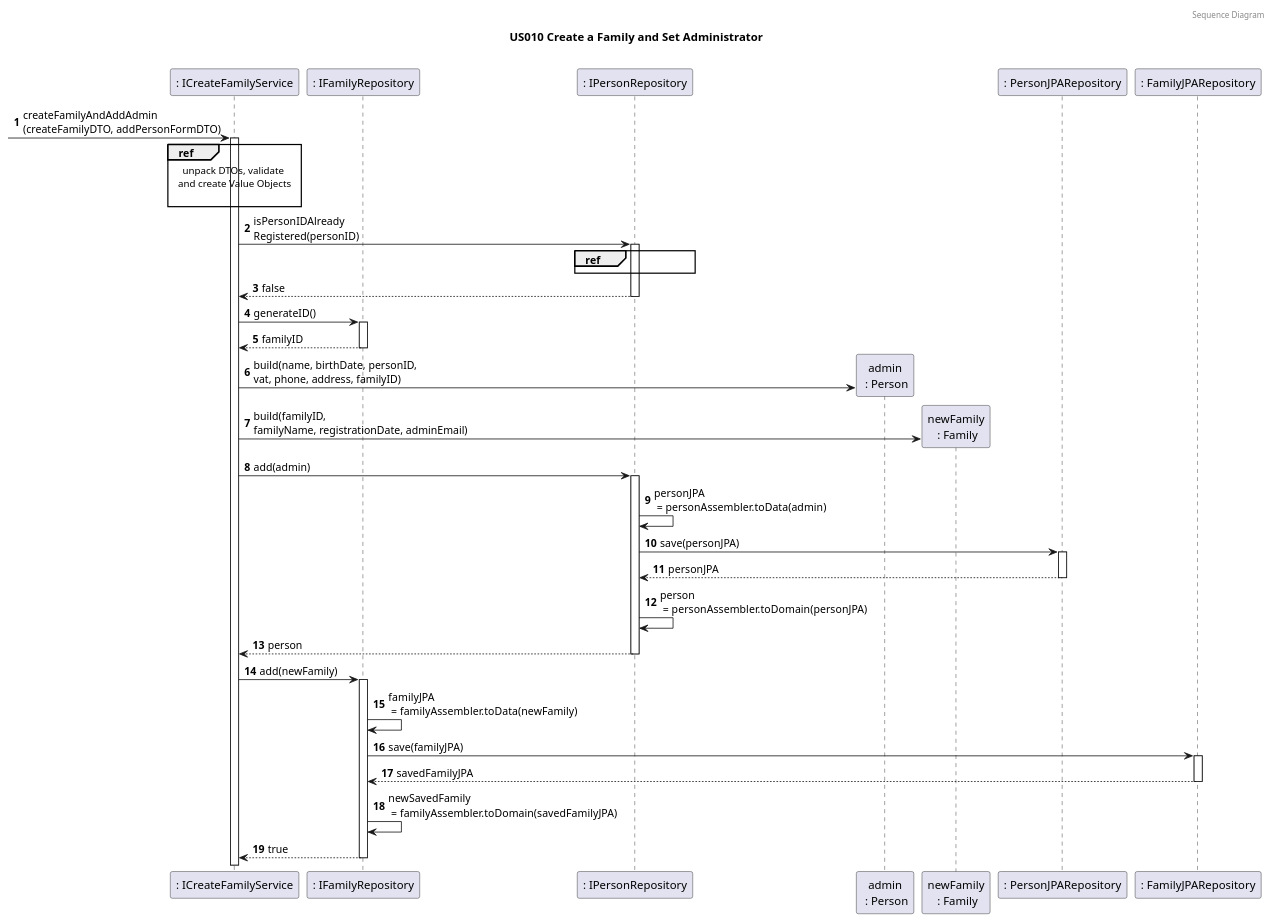
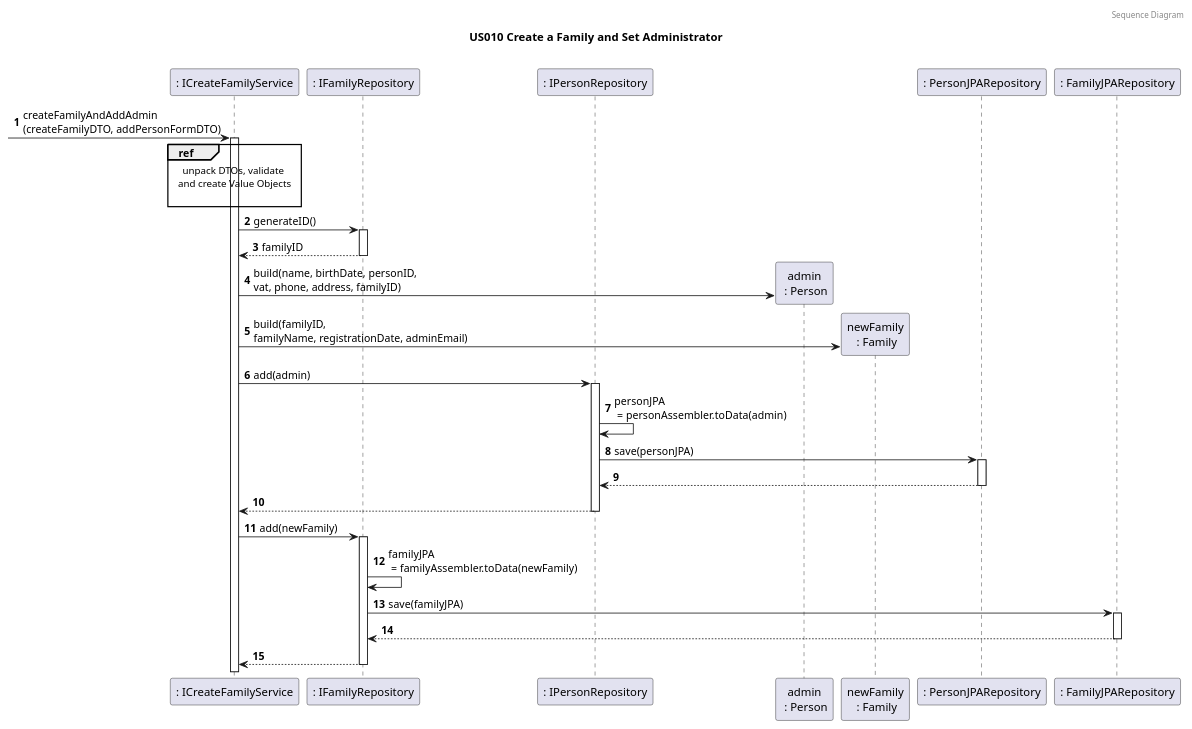
The third of 5 diagrams in docs/sprint4/user_stories/US010_CreateAFamilyAndSetAdministrator.md (tomas-osswald/switch_2020_g3), drawn with PlantUML before and after one commit. The commit also changed 2 other files, not shown here.

Commit message:
Update to log an us010 sd

`````diff
--- a/docs/sprint4/user_stories/US010_CreateAFamilyAndSetAdministrator.md
+++ b/docs/sprint4/user_stories/US010_CreateAFamilyAndSetAdministrator.md
@@ -120,65 +120,54 @@
 ````puml
 @startuml
 
 autonumber
 header Sequence Diagram
 title US010 Create a Family and Set Administrator
 
 
 participant ": ICreateFamilyService" as FamAdminService
 participant ": IFamilyRepository" as familyRepository
 participant ": IPersonRepository" as personRepository
 participant "admin\n : Person" as admin
 participant "newFamily\n : Family" as newFamily
 participant ": PersonJPARepository" as personJAPRepository
 participant ": FamilyJPARepository" as familyJPARepository
 
 note left: especificar nome da instância no participant?
 
  -> FamAdminService : createFamilyAndAddAdmin\n(createFamilyDTO, addPersonFormDTO)
 activate FamAdminService
 
 ref over FamAdminService
 unpack DTOs, validate 
 and create Value Objects
 
 end ref
 
-FamAdminService -> personRepository: isPersonIDAlready\nRegistered(personID)
-ref over personRepository
-
-end ref
-activate personRepository
-return false
 FamAdminService -> familyRepository : generateID()
 activate familyRepository
 return familyID
 FamAdminService -> admin** : build(name, birthDate, personID, \nvat, phone, address, familyID)
 
 FamAdminService -> newFamily**: build(familyID, \nfamilyName, registrationDate, adminEmail)
 
 FamAdminService -> personRepository: add(admin)
 activate personRepository
 personRepository -> personRepository: personJPA\n = personAssembler.toData(admin)
 personRepository -> personJAPRepository: save(personJPA)
 activate personJAPRepository
-return personJPA
-personRepository -> personRepository: person\n = personAssembler.toDomain(personJPA)
-return person
+return
+return
 
 FamAdminService -> familyRepository: add(newFamily)
 activate familyRepository
 familyRepository -> familyRepository : familyJPA\n = familyAssembler.toData(newFamily)
 familyRepository -> familyJPARepository : save(familyJPA)
 activate familyJPARepository
-return savedFamilyJPA
-familyRepository -> familyRepository : newSavedFamily\n = familyAssembler.toDomain(savedFamilyJPA)
+return
 
-
-
-
-return true
+return
  
 
 @enduml
 ````
`````
